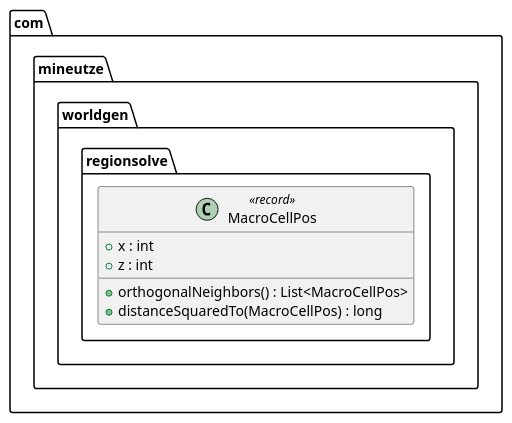
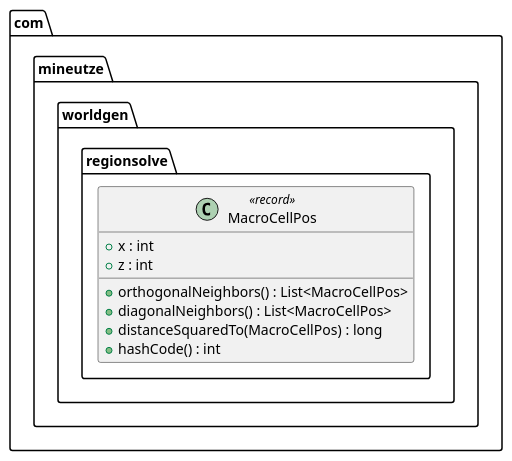
The diagram in companion-mods/mineutze-worldgen/doc/Modelisation/Fragments/com/mineutze/worldgen/regionsolve/MacroCellPos.puml (Boulede987/Mine-Utz), drawn with PlantUML before and after one commit. The commit also changed 265 other files, not shown here.

```diff
--- a/companion-mods/mineutze-worldgen/doc/Modelisation/Fragments/com/mineutze/worldgen/regionsolve/MacroCellPos.puml
+++ b/companion-mods/mineutze-worldgen/doc/Modelisation/Fragments/com/mineutze/worldgen/regionsolve/MacroCellPos.puml
@@ -1,9 +1,11 @@
 namespace com.mineutze.worldgen.regionsolve {
 class MacroCellPos <<record>> {
   + x : int
   + z : int
   + orthogonalNeighbors() : List<MacroCellPos>
+  + diagonalNeighbors() : List<MacroCellPos>
   + distanceSquaredTo(MacroCellPos) : long
+  + hashCode() : int
 }
 
 }
```
